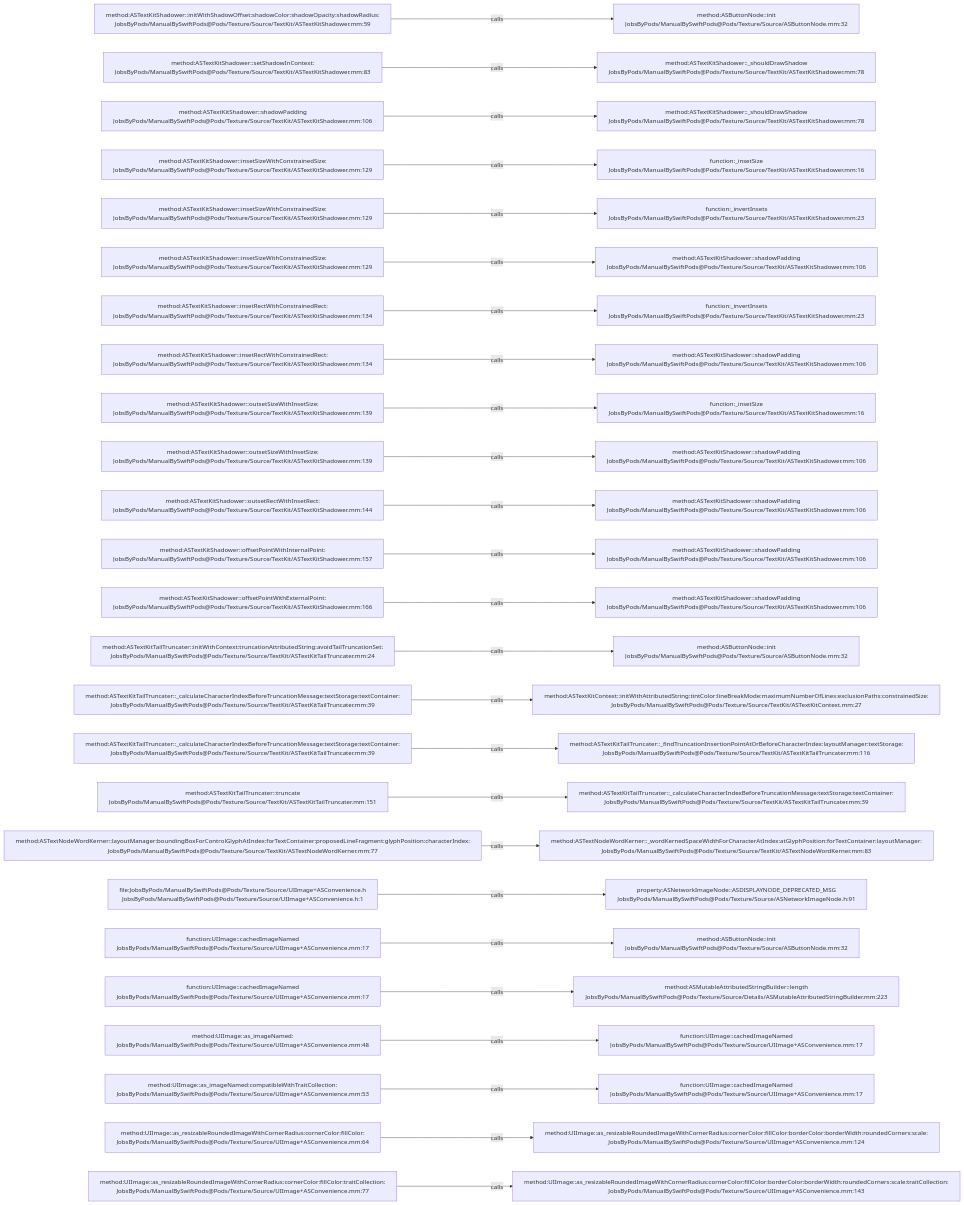
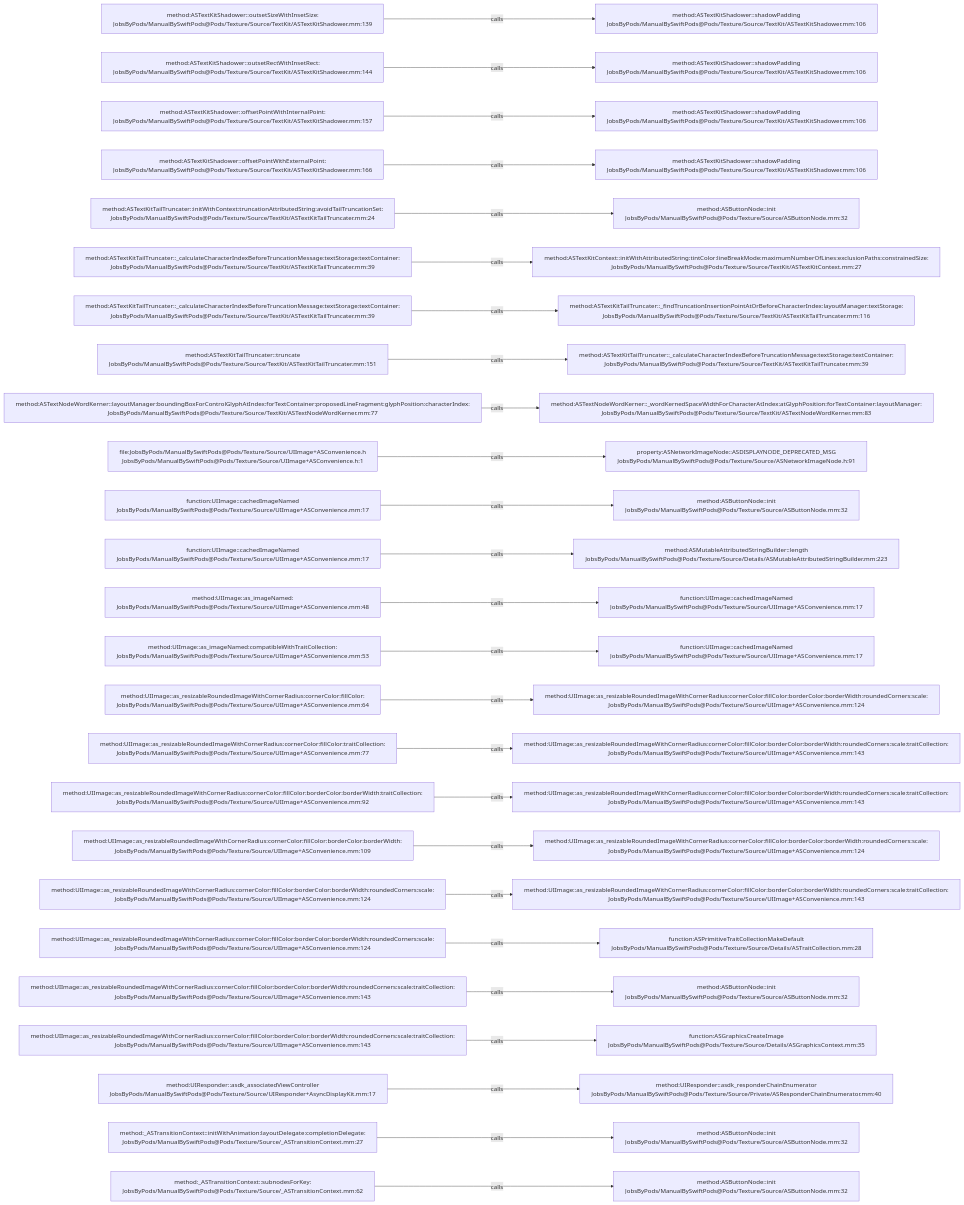
The diagram in .codegraph/codegraph.md/graphs/calls-151.md (JobsKits/JobsSwiftBaseConfigDemo), drawn with Mermaid before and after one commit. The commit also changed 707 other files, not shown here.

````diff
--- a/.codegraph/codegraph.md/graphs/calls-151.md
+++ b/.codegraph/codegraph.md/graphs/calls-151.md
@@ -13,78 +13,78 @@
 ```mermaid
 flowchart LR
-  S1["method:ASTextKitShadower::initWithShadowOffset:shadowColor:shadowOpacity:shadowRadius:<br/>JobsByPods/ManualBySwiftPods@Pods/Texture/Source/TextKit/ASTextKitShadower.mm:59"]
-  T1["method:ASButtonNode::init<br/>JobsByPods/ManualBySwiftPods@Pods/Texture/Source/ASButtonNode.mm:32"]
+  S1["method:ASTextKitShadower::outsetSizeWithInsetSize:<br/>JobsByPods/ManualBySwiftPods@Pods/Texture/Source/TextKit/ASTextKitShadower.mm:139"]
+  T1["method:ASTextKitShadower::shadowPadding<br/>JobsByPods/ManualBySwiftPods@Pods/Texture/Source/TextKit/ASTextKitShadower.mm:106"]
   S1 -->|calls| T1
-  S2["method:ASTextKitShadower::setShadowInContext:<br/>JobsByPods/ManualBySwiftPods@Pods/Texture/Source/TextKit/ASTextKitShadower.mm:83"]
-  T2["method:ASTextKitShadower::_shouldDrawShadow<br/>JobsByPods/ManualBySwiftPods@Pods/Texture/Source/TextKit/ASTextKitShadower.mm:78"]
+  S2["method:ASTextKitShadower::outsetRectWithInsetRect:<br/>JobsByPods/ManualBySwiftPods@Pods/Texture/Source/TextKit/ASTextKitShadower.mm:144"]
+  T2["method:ASTextKitShadower::shadowPadding<br/>JobsByPods/ManualBySwiftPods@Pods/Texture/Source/TextKit/ASTextKitShadower.mm:106"]
   S2 -->|calls| T2
-  S3["method:ASTextKitShadower::shadowPadding<br/>JobsByPods/ManualBySwiftPods@Pods/Texture/Source/TextKit/ASTextKitShadower.mm:106"]
-  T3["method:ASTextKitShadower::_shouldDrawShadow<br/>JobsByPods/ManualBySwiftPods@Pods/Texture/Source/TextKit/ASTextKitShadower.mm:78"]
+  S3["method:ASTextKitShadower::offsetPointWithInternalPoint:<br/>JobsByPods/ManualBySwiftPods@Pods/Texture/Source/TextKit/ASTextKitShadower.mm:157"]
+  T3["method:ASTextKitShadower::shadowPadding<br/>JobsByPods/ManualBySwiftPods@Pods/Texture/Source/TextKit/ASTextKitShadower.mm:106"]
   S3 -->|calls| T3
-  S4["method:ASTextKitShadower::insetSizeWithConstrainedSize:<br/>JobsByPods/ManualBySwiftPods@Pods/Texture/Source/TextKit/ASTextKitShadower.mm:129"]
-  T4["function:_insetSize<br/>JobsByPods/ManualBySwiftPods@Pods/Texture/Source/TextKit/ASTextKitShadower.mm:16"]
+  S4["method:ASTextKitShadower::offsetPointWithExternalPoint:<br/>JobsByPods/ManualBySwiftPods@Pods/Texture/Source/TextKit/ASTextKitShadower.mm:166"]
+  T4["method:ASTextKitShadower::shadowPadding<br/>JobsByPods/ManualBySwiftPods@Pods/Texture/Source/TextKit/ASTextKitShadower.mm:106"]
   S4 -->|calls| T4
-  S5["method:ASTextKitShadower::insetSizeWithConstrainedSize:<br/>JobsByPods/ManualBySwiftPods@Pods/Texture/Source/TextKit/ASTextKitShadower.mm:129"]
-  T5["function:_invertInsets<br/>JobsByPods/ManualBySwiftPods@Pods/Texture/Source/TextKit/ASTextKitShadower.mm:23"]
+  S5["method:ASTextKitTailTruncater::initWithContext:truncationAttributedString:avoidTailTruncationSet:<br/>JobsByPods/ManualBySwiftPods@Pods/Texture/Source/TextKit/ASTextKitTailTruncater.mm:24"]
+  T5["method:ASButtonNode::init<br/>JobsByPods/ManualBySwiftPods@Pods/Texture/Source/ASButtonNode.mm:32"]
   S5 -->|calls| T5
-  S6["method:ASTextKitShadower::insetSizeWithConstrainedSize:<br/>JobsByPods/ManualBySwiftPods@Pods/Texture/Source/TextKit/ASTextKitShadower.mm:129"]
-  T6["method:ASTextKitShadower::shadowPadding<br/>JobsByPods/ManualBySwiftPods@Pods/Texture/Source/TextKit/ASTextKitShadower.mm:106"]
+  S6["method:ASTextKitTailTruncater::_calculateCharacterIndexBeforeTruncationMessage:textStorage:textContainer:<br/>JobsByPods/ManualBySwiftPods@Pods/Texture/Source/TextKit/ASTextKitTailTruncater.mm:39"]
+  T6["method:ASTextKitContext::initWithAttributedString:tintColor:lineBreakMode:maximumNumberOfLines:exclusionPaths:constrainedSize:<br/>JobsByPods/ManualBySwiftPods@Pods/Texture/Source/TextKit/ASTextKitContext.mm:27"]
   S6 -->|calls| T6
-  S7["method:ASTextKitShadower::insetRectWithConstrainedRect:<br/>JobsByPods/ManualBySwiftPods@Pods/Texture/Source/TextKit/ASTextKitShadower.mm:134"]
-  T7["function:_invertInsets<br/>JobsByPods/ManualBySwiftPods@Pods/Texture/Source/TextKit/ASTextKitShadower.mm:23"]
+  S7["method:ASTextKitTailTruncater::_calculateCharacterIndexBeforeTruncationMessage:textStorage:textContainer:<br/>JobsByPods/ManualBySwiftPods@Pods/Texture/Source/TextKit/ASTextKitTailTruncater.mm:39"]
+  T7["method:ASTextKitTailTruncater::_findTruncationInsertionPointAtOrBeforeCharacterIndex:layoutManager:textStorage:<br/>JobsByPods/ManualBySwiftPods@Pods/Texture/Source/TextKit/ASTextKitTailTruncater.mm:116"]
   S7 -->|calls| T7
-  S8["method:ASTextKitShadower::insetRectWithConstrainedRect:<br/>JobsByPods/ManualBySwiftPods@Pods/Texture/Source/TextKit/ASTextKitShadower.mm:134"]
-  T8["method:ASTextKitShadower::shadowPadding<br/>JobsByPods/ManualBySwiftPods@Pods/Texture/Source/TextKit/ASTextKitShadower.mm:106"]
+  S8["method:ASTextKitTailTruncater::truncate<br/>JobsByPods/ManualBySwiftPods@Pods/Texture/Source/TextKit/ASTextKitTailTruncater.mm:151"]
+  T8["method:ASTextKitTailTruncater::_calculateCharacterIndexBeforeTruncationMessage:textStorage:textContainer:<br/>JobsByPods/ManualBySwiftPods@Pods/Texture/Source/TextKit/ASTextKitTailTruncater.mm:39"]
   S8 -->|calls| T8
-  S9["method:ASTextKitShadower::outsetSizeWithInsetSize:<br/>JobsByPods/ManualBySwiftPods@Pods/Texture/Source/TextKit/ASTextKitShadower.mm:139"]
-  T9["function:_insetSize<br/>JobsByPods/ManualBySwiftPods@Pods/Texture/Source/TextKit/ASTextKitShadower.mm:16"]
+  S9["method:ASTextNodeWordKerner::layoutManager:boundingBoxForControlGlyphAtIndex:forTextContainer:proposedLineFragment:glyphPosition:characterIndex:<br/>JobsByPods/ManualBySwiftPods@Pods/Texture/Source/TextKit/ASTextNodeWordKerner.mm:77"]
+  T9["method:ASTextNodeWordKerner::_wordKernedSpaceWidthForCharacterAtIndex:atGlyphPosition:forTextContainer:layoutManager:<br/>JobsByPods/ManualBySwiftPods@Pods/Texture/Source/TextKit/ASTextNodeWordKerner.mm:83"]
   S9 -->|calls| T9
-  S10["method:ASTextKitShadower::outsetSizeWithInsetSize:<br/>JobsByPods/ManualBySwiftPods@Pods/Texture/Source/TextKit/ASTextKitShadower.mm:139"]
-  T10["method:ASTextKitShadower::shadowPadding<br/>JobsByPods/ManualBySwiftPods@Pods/Texture/Source/TextKit/ASTextKitShadower.mm:106"]
+  S10["file:JobsByPods/ManualBySwiftPods@Pods/Texture/Source/UIImage+ASConvenience.h<br/>JobsByPods/ManualBySwiftPods@Pods/Texture/Source/UIImage+ASConvenience.h:1"]
+  T10["property:ASNetworkImageNode::ASDISPLAYNODE_DEPRECATED_MSG<br/>JobsByPods/ManualBySwiftPods@Pods/Texture/Source/ASNetworkImageNode.h:91"]
   S10 -->|calls| T10
-  S11["method:ASTextKitShadower::outsetRectWithInsetRect:<br/>JobsByPods/ManualBySwiftPods@Pods/Texture/Source/TextKit/ASTextKitShadower.mm:144"]
-  T11["method:ASTextKitShadower::shadowPadding<br/>JobsByPods/ManualBySwiftPods@Pods/Texture/Source/TextKit/ASTextKitShadower.mm:106"]
+  S11["function:UIImage::cachedImageNamed<br/>JobsByPods/ManualBySwiftPods@Pods/Texture/Source/UIImage+ASConvenience.mm:17"]
+  T11["method:ASButtonNode::init<br/>JobsByPods/ManualBySwiftPods@Pods/Texture/Source/ASButtonNode.mm:32"]
   S11 -->|calls| T11
-  S12["method:ASTextKitShadower::offsetPointWithInternalPoint:<br/>JobsByPods/ManualBySwiftPods@Pods/Texture/Source/TextKit/ASTextKitShadower.mm:157"]
-  T12["method:ASTextKitShadower::shadowPadding<br/>JobsByPods/ManualBySwiftPods@Pods/Texture/Source/TextKit/ASTextKitShadower.mm:106"]
+  S12["function:UIImage::cachedImageNamed<br/>JobsByPods/ManualBySwiftPods@Pods/Texture/Source/UIImage+ASConvenience.mm:17"]
+  T12["method:ASMutableAttributedStringBuilder::length<br/>JobsByPods/ManualBySwiftPods@Pods/Texture/Source/Details/ASMutableAttributedStringBuilder.mm:223"]
   S12 -->|calls| T12
-  S13["method:ASTextKitShadower::offsetPointWithExternalPoint:<br/>JobsByPods/ManualBySwiftPods@Pods/Texture/Source/TextKit/ASTextKitShadower.mm:166"]
-  T13["method:ASTextKitShadower::shadowPadding<br/>JobsByPods/ManualBySwiftPods@Pods/Texture/Source/TextKit/ASTextKitShadower.mm:106"]
+  S13["method:UIImage::as_imageNamed:<br/>JobsByPods/ManualBySwiftPods@Pods/Texture/Source/UIImage+ASConvenience.mm:48"]
+  T13["function:UIImage::cachedImageNamed<br/>JobsByPods/ManualBySwiftPods@Pods/Texture/Source/UIImage+ASConvenience.mm:17"]
   S13 -->|calls| T13
-  S14["method:ASTextKitTailTruncater::initWithContext:truncationAttributedString:avoidTailTruncationSet:<br/>JobsByPods/ManualBySwiftPods@Pods/Texture/Source/TextKit/ASTextKitTailTruncater.mm:24"]
-  T14["method:ASButtonNode::init<br/>JobsByPods/ManualBySwiftPods@Pods/Texture/Source/ASButtonNode.mm:32"]
+  S14["method:UIImage::as_imageNamed:compatibleWithTraitCollection:<br/>JobsByPods/ManualBySwiftPods@Pods/Texture/Source/UIImage+ASConvenience.mm:53"]
+  T14["function:UIImage::cachedImageNamed<br/>JobsByPods/ManualBySwiftPods@Pods/Texture/Source/UIImage+ASConvenience.mm:17"]
   S14 -->|calls| T14
-  S15["method:ASTextKitTailTruncater::_calculateCharacterIndexBeforeTruncationMessage:textStorage:textContainer:<br/>JobsByPods/ManualBySwiftPods@Pods/Texture/Source/TextKit/ASTextKitTailTruncater.mm:39"]
-  T15["method:ASTextKitContext::initWithAttributedString:tintColor:lineBreakMode:maximumNumberOfLines:exclusionPaths:constrainedSize:<br/>JobsByPods/ManualBySwiftPods@Pods/Texture/Source/TextKit/ASTextKitContext.mm:27"]
+  S15["method:UIImage::as_resizableRoundedImageWithCornerRadius:cornerColor:fillColor:<br/>JobsByPods/ManualBySwiftPods@Pods/Texture/Source/UIImage+ASConvenience.mm:64"]
+  T15["method:UIImage::as_resizableRoundedImageWithCornerRadius:cornerColor:fillColor:borderColor:borderWidth:roundedCorners:scale:<br/>JobsByPods/ManualBySwiftPods@Pods/Texture/Source/UIImage+ASConvenience.mm:124"]
   S15 -->|calls| T15
-  S16["method:ASTextKitTailTruncater::_calculateCharacterIndexBeforeTruncationMessage:textStorage:textContainer:<br/>JobsByPods/ManualBySwiftPods@Pods/Texture/Source/TextKit/ASTextKitTailTruncater.mm:39"]
-  T16["method:ASTextKitTailTruncater::_findTruncationInsertionPointAtOrBeforeCharacterIndex:layoutManager:textStorage:<br/>JobsByPods/ManualBySwiftPods@Pods/Texture/Source/TextKit/ASTextKitTailTruncater.mm:116"]
+  S16["method:UIImage::as_resizableRoundedImageWithCornerRadius:cornerColor:fillColor:traitCollection:<br/>JobsByPods/ManualBySwiftPods@Pods/Texture/Source/UIImage+ASConvenience.mm:77"]
+  T16["method:UIImage::as_resizableRoundedImageWithCornerRadius:cornerColor:fillColor:borderColor:borderWidth:roundedCorners:scale:traitCollection:<br/>JobsByPods/ManualBySwiftPods@Pods/Texture/Source/UIImage+ASConvenience.mm:143"]
   S16 -->|calls| T16
-  S17["method:ASTextKitTailTruncater::truncate<br/>JobsByPods/ManualBySwiftPods@Pods/Texture/Source/TextKit/ASTextKitTailTruncater.mm:151"]
-  T17["method:ASTextKitTailTruncater::_calculateCharacterIndexBeforeTruncationMessage:textStorage:textContainer:<br/>JobsByPods/ManualBySwiftPods@Pods/Texture/Source/TextKit/ASTextKitTailTruncater.mm:39"]
+  S17["method:UIImage::as_resizableRoundedImageWithCornerRadius:cornerColor:fillColor:borderColor:borderWidth:traitCollection:<br/>JobsByPods/ManualBySwiftPods@Pods/Texture/Source/UIImage+ASConvenience.mm:92"]
+  T17["method:UIImage::as_resizableRoundedImageWithCornerRadius:cornerColor:fillColor:borderColor:borderWidth:roundedCorners:scale:traitCollection:<br/>JobsByPods/ManualBySwiftPods@Pods/Texture/Source/UIImage+ASConvenience.mm:143"]
   S17 -->|calls| T17
-  S18["method:ASTextNodeWordKerner::layoutManager:boundingBoxForControlGlyphAtIndex:forTextContainer:proposedLineFragment:glyphPosition:characterIndex:<br/>JobsByPods/ManualBySwiftPods@Pods/Texture/Source/TextKit/ASTextNodeWordKerner.mm:77"]
-  T18["method:ASTextNodeWordKerner::_wordKernedSpaceWidthForCharacterAtIndex:atGlyphPosition:forTextContainer:layoutManager:<br/>JobsByPods/ManualBySwiftPods@Pods/Texture/Source/TextKit/ASTextNodeWordKerner.mm:83"]
+  S18["method:UIImage::as_resizableRoundedImageWithCornerRadius:cornerColor:fillColor:borderColor:borderWidth:<br/>JobsByPods/ManualBySwiftPods@Pods/Texture/Source/UIImage+ASConvenience.mm:109"]
+  T18["method:UIImage::as_resizableRoundedImageWithCornerRadius:cornerColor:fillColor:borderColor:borderWidth:roundedCorners:scale:<br/>JobsByPods/ManualBySwiftPods@Pods/Texture/Source/UIImage+ASConvenience.mm:124"]
   S18 -->|calls| T18
-  S19["file:JobsByPods/ManualBySwiftPods@Pods/Texture/Source/UIImage+ASConvenience.h<br/>JobsByPods/ManualBySwiftPods@Pods/Texture/Source/UIImage+ASConvenience.h:1"]
-  T19["property:ASNetworkImageNode::ASDISPLAYNODE_DEPRECATED_MSG<br/>JobsByPods/ManualBySwiftPods@Pods/Texture/Source/ASNetworkImageNode.h:91"]
+  S19["method:UIImage::as_resizableRoundedImageWithCornerRadius:cornerColor:fillColor:borderColor:borderWidth:roundedCorners:scale:<br/>JobsByPods/ManualBySwiftPods@Pods/Texture/Source/UIImage+ASConvenience.mm:124"]
+  T19["method:UIImage::as_resizableRoundedImageWithCornerRadius:cornerColor:fillColor:borderColor:borderWidth:roundedCorners:scale:traitCollection:<br/>JobsByPods/ManualBySwiftPods@Pods/Texture/Source/UIImage+ASConvenience.mm:143"]
   S19 -->|calls| T19
-  S20["function:UIImage::cachedImageNamed<br/>JobsByPods/ManualBySwiftPods@Pods/Texture/Source/UIImage+ASConvenience.mm:17"]
-  T20["method:ASButtonNode::init<br/>JobsByPods/ManualBySwiftPods@Pods/Texture/Source/ASButtonNode.mm:32"]
+  S20["method:UIImage::as_resizableRoundedImageWithCornerRadius:cornerColor:fillColor:borderColor:borderWidth:roundedCorners:scale:<br/>JobsByPods/ManualBySwiftPods@Pods/Texture/Source/UIImage+ASConvenience.mm:124"]
+  T20["function:ASPrimitiveTraitCollectionMakeDefault<br/>JobsByPods/ManualBySwiftPods@Pods/Texture/Source/Details/ASTraitCollection.mm:28"]
   S20 -->|calls| T20
-  S21["function:UIImage::cachedImageNamed<br/>JobsByPods/ManualBySwiftPods@Pods/Texture/Source/UIImage+ASConvenience.mm:17"]
-  T21["method:ASMutableAttributedStringBuilder::length<br/>JobsByPods/ManualBySwiftPods@Pods/Texture/Source/Details/ASMutableAttributedStringBuilder.mm:223"]
+  S21["method:UIImage::as_resizableRoundedImageWithCornerRadius:cornerColor:fillColor:borderColor:borderWidth:roundedCorners:scale:traitCollection:<br/>JobsByPods/ManualBySwiftPods@Pods/Texture/Source/UIImage+ASConvenience.mm:143"]
+  T21["method:ASButtonNode::init<br/>JobsByPods/ManualBySwiftPods@Pods/Texture/Source/ASButtonNode.mm:32"]
   S21 -->|calls| T21
-  S22["method:UIImage::as_imageNamed:<br/>JobsByPods/ManualBySwiftPods@Pods/Texture/Source/UIImage+ASConvenience.mm:48"]
-  T22["function:UIImage::cachedImageNamed<br/>JobsByPods/ManualBySwiftPods@Pods/Texture/Source/UIImage+ASConvenience.mm:17"]
+  S22["method:UIImage::as_resizableRoundedImageWithCornerRadius:cornerColor:fillColor:borderColor:borderWidth:roundedCorners:scale:traitCollection:<br/>JobsByPods/ManualBySwiftPods@Pods/Texture/Source/UIImage+ASConvenience.mm:143"]
+  T22["function:ASGraphicsCreateImage<br/>JobsByPods/ManualBySwiftPods@Pods/Texture/Source/Details/ASGraphicsContext.mm:35"]
   S22 -->|calls| T22
-  S23["method:UIImage::as_imageNamed:compatibleWithTraitCollection:<br/>JobsByPods/ManualBySwiftPods@Pods/Texture/Source/UIImage+ASConvenience.mm:53"]
-  T23["function:UIImage::cachedImageNamed<br/>JobsByPods/ManualBySwiftPods@Pods/Texture/Source/UIImage+ASConvenience.mm:17"]
+  S23["method:UIResponder::asdk_associatedViewController<br/>JobsByPods/ManualBySwiftPods@Pods/Texture/Source/UIResponder+AsyncDisplayKit.mm:17"]
+  T23["method:UIResponder::asdk_responderChainEnumerator<br/>JobsByPods/ManualBySwiftPods@Pods/Texture/Source/Private/ASResponderChainEnumerator.mm:40"]
   S23 -->|calls| T23
-  S24["method:UIImage::as_resizableRoundedImageWithCornerRadius:cornerColor:fillColor:<br/>JobsByPods/ManualBySwiftPods@Pods/Texture/Source/UIImage+ASConvenience.mm:64"]
-  T24["method:UIImage::as_resizableRoundedImageWithCornerRadius:cornerColor:fillColor:borderColor:borderWidth:roundedCorners:scale:<br/>JobsByPods/ManualBySwiftPods@Pods/Texture/Source/UIImage+ASConvenience.mm:124"]
+  S24["method:_ASTransitionContext::initWithAnimation:layoutDelegate:completionDelegate:<br/>JobsByPods/ManualBySwiftPods@Pods/Texture/Source/_ASTransitionContext.mm:27"]
+  T24["method:ASButtonNode::init<br/>JobsByPods/ManualBySwiftPods@Pods/Texture/Source/ASButtonNode.mm:32"]
   S24 -->|calls| T24
-  S25["method:UIImage::as_resizableRoundedImageWithCornerRadius:cornerColor:fillColor:traitCollection:<br/>JobsByPods/ManualBySwiftPods@Pods/Texture/Source/UIImage+ASConvenience.mm:77"]
-  T25["method:UIImage::as_resizableRoundedImageWithCornerRadius:cornerColor:fillColor:borderColor:borderWidth:roundedCorners:scale:traitCollection:<br/>JobsByPods/ManualBySwiftPods@Pods/Texture/Source/UIImage+ASConvenience.mm:143"]
+  S25["method:_ASTransitionContext::subnodesForKey:<br/>JobsByPods/ManualBySwiftPods@Pods/Texture/Source/_ASTransitionContext.mm:62"]
+  T25["method:ASButtonNode::init<br/>JobsByPods/ManualBySwiftPods@Pods/Texture/Source/ASButtonNode.mm:32"]
   S25 -->|calls| T25
 ```
````
